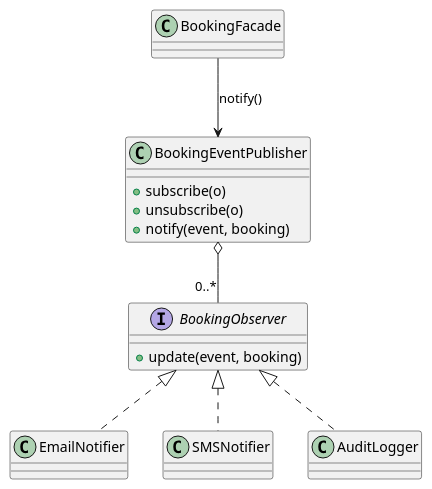
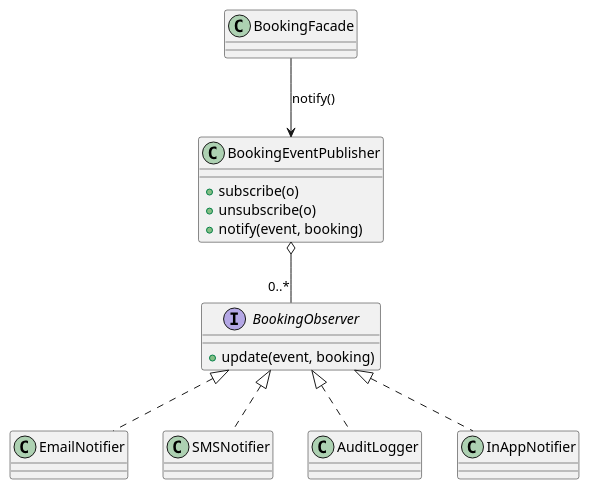
Before and after one commit to meerakumar-1/cinebook-ooad: the tenth of 12 diagrams in cinebook/cinebook/docs/uml/09_patterns_before_after.puml, drawn with PlantUML. The commit also changed 52 other files, not shown here.

```diff
--- a/cinebook/cinebook/docs/uml/09_patterns_before_after.puml
+++ b/cinebook/cinebook/docs/uml/09_patterns_before_after.puml
@@ -113,18 +113,20 @@
 @startuml observer_after
 class BookingEventPublisher {
   +subscribe(o)
   +unsubscribe(o)
   +notify(event, booking)
 }
 interface BookingObserver {
   +update(event, booking)
 }
 class EmailNotifier
 class SMSNotifier
 class AuditLogger
+class InAppNotifier
 BookingEventPublisher o-- "0..*" BookingObserver
 BookingObserver <|.. EmailNotifier
 BookingObserver <|.. SMSNotifier
 BookingObserver <|.. AuditLogger
+BookingObserver <|.. InAppNotifier
 BookingFacade --> BookingEventPublisher : notify()
 @enduml
```
